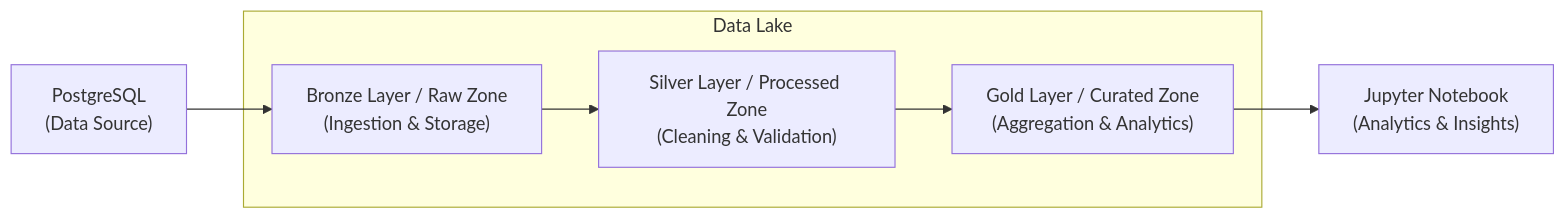
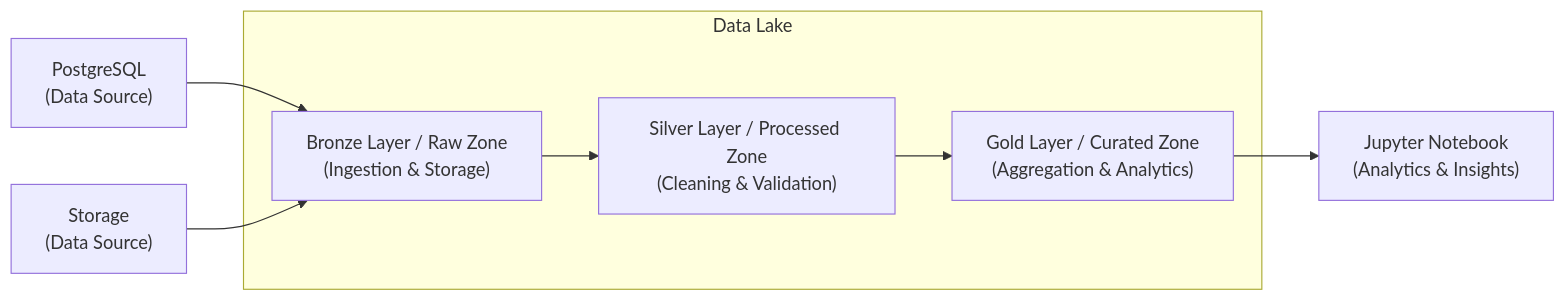
One commit to Citi/coding-workshop-participant changed the diagram in docs/data-engineer.md. Above: the diagram before and after it, drawn with Mermaid. The commit also changed other lines of this file and 6 other files, not shown here.

````diff
--- a/docs/data-engineer.md
+++ b/docs/data-engineer.md
@@ -14,15 +14,17 @@
 ```mermaid
 graph LR
     PG["PostgreSQL<br/>(Data Source)"]
+    S3["Storage<br/>(Data Source)"]
     subgraph Data Lake
         BronzeLayer["Bronze Layer / Raw Zone<br/>(Ingestion & Storage)"]
         SilverLayer["Silver Layer / Processed Zone<br/>(Cleaning & Validation)"]
         GoldLayer["Gold Layer / Curated Zone<br/>(Aggregation & Analytics)"]
     end
     Jupyter["Jupyter Notebook<br/>(Analytics & Insights)"]
 
     PG --> BronzeLayer
+    S3 --> BronzeLayer
     BronzeLayer --> SilverLayer
     SilverLayer --> GoldLayer
     GoldLayer --> Jupyter
 ```
````
